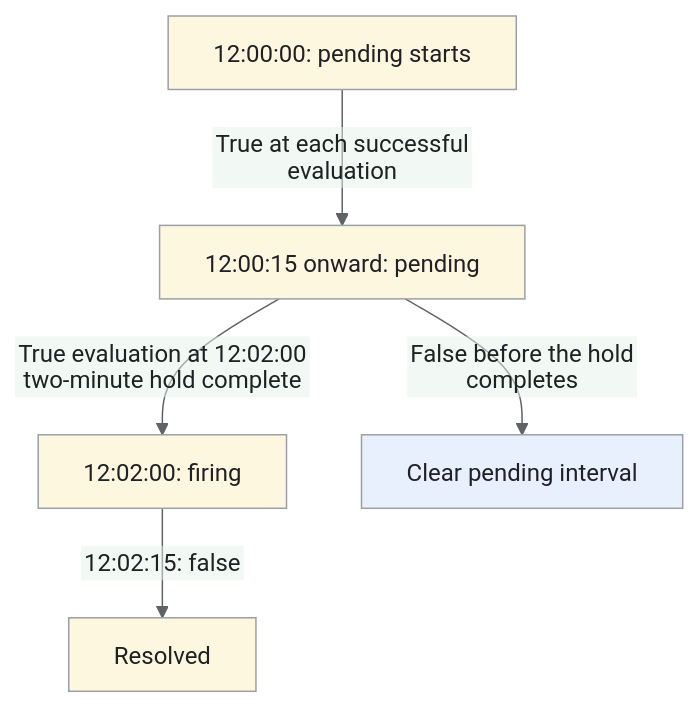
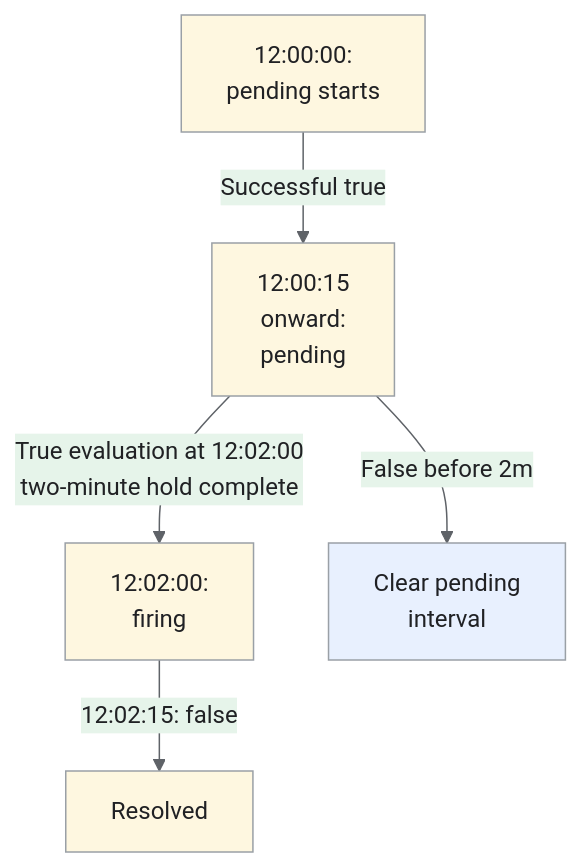
One commit to iliazlobin/iliazlobin.github.io changed the fifth of 6 diagrams in _designs/system-design-metrics-monitoring.md. Above: the diagram before and after it, drawn with Mermaid. The commit also changed other lines of this file and 116 other files, not shown here.

````diff
--- a/_designs/system-design-metrics-monitoring.md
+++ b/_designs/system-design-metrics-monitoring.md
@@ -309,14 +340,14 @@
 ```mermaid
-%%{init: {'theme':'base','htmlLabels':false,'flowchart':{'htmlLabels':false},'themeVariables':{'fontFamily':'Arial, sans-serif','primaryColor':'#e8f0fe','primaryTextColor':'#202124','primaryBorderColor':'#9aa0a6','lineColor':'#5f6368','secondaryColor':'#e6f4ea','tertiaryColor':'#fef7e0','actorBkg':'#e8f0fe','actorBorder':'#9aa0a6','actorTextColor':'#202124','noteBkgColor':'#fef7e0','noteTextColor':'#202124','noteBorderColor':'#9aa0a6','signalColor':'#5f6368','signalTextColor':'#202124','labelBoxBkgColor':'#fef7e0','labelBoxBorderColor':'#9aa0a6'}}}%%
+%%{init: {"theme":"base","themeVariables":{"primaryColor":"#e8f0fe","primaryTextColor":"#202124","primaryBorderColor":"#9aa0a6","lineColor":"#5f6368","secondaryColor":"#e6f4ea","tertiaryColor":"#fef7e0","actorBkg":"#e8f0fe","actorBorder":"#9aa0a6","actorTextColor":"#202124","noteBkgColor":"#fef7e0","noteTextColor":"#202124","noteBorderColor":"#9aa0a6","signalColor":"#5f6368","signalTextColor":"#202124","labelBoxBkgColor":"#fef7e0","labelBoxBorderColor":"#9aa0a6"}}}%%
 flowchart TB
-  P["12:00:00: pending starts"] -->|"True at each successful evaluation"| W["12:00:15 onward: pending"]
-  W -->|"True evaluation at 12:02:00<br>two-minute hold complete"| F["12:02:00: firing"]
+  P["12:00:00:<br>pending starts"] -->|"Successful true"| W["12:00:15<br>onward:<br>pending"]
+  W -->|"True evaluation at 12:02:00<br>two-minute hold complete"| F["12:02:00:<br>firing"]
   F -->|"12:02:15: false"| R["Resolved"]
-  W -->|"False before the hold completes"| X["Clear pending interval"]
+  W -->|"False before 2m"| X["Clear pending<br>interval"]
   class P,W,F,R control
   class X request
 classDef request fill:#e8f0fe,stroke:#9aa0a6,color:#202124;
 classDef data fill:#e6f4ea,stroke:#9aa0a6,color:#202124;
 classDef control fill:#fef7e0,stroke:#9aa0a6,color:#202124;
 classDef danger fill:#fce8e6,stroke:#9aa0a6,color:#202124;
 ```
````
